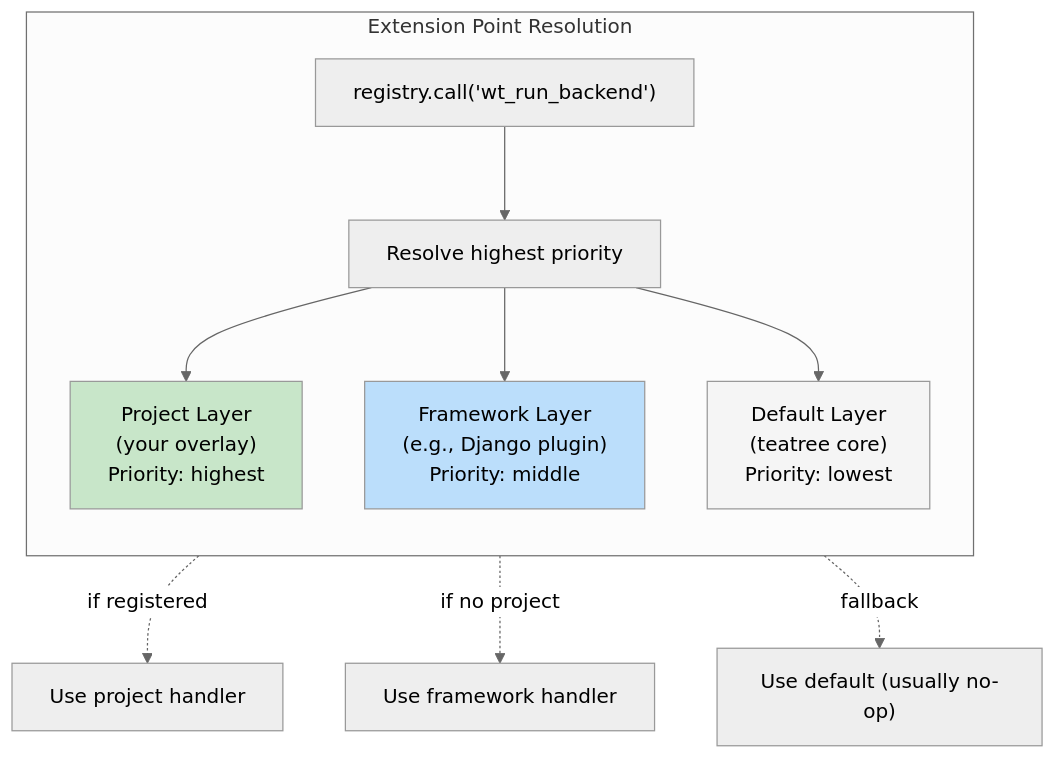
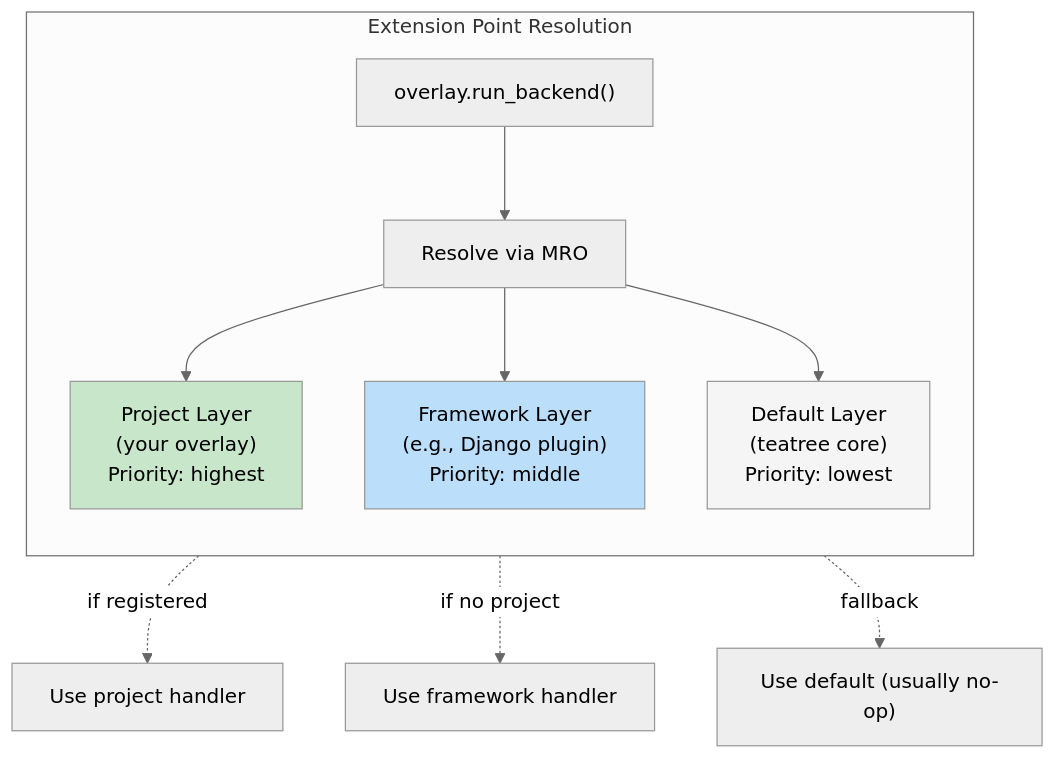
The diagram in skills/t3-workspace/references/extension-points.md (souliane/teatree), drawn with Mermaid (neutral theme) before and after one commit. The commit also changed other lines of this file and 2 other files, not shown here.

````diff
--- a/skills/t3-workspace/references/extension-points.md
+++ b/skills/t3-workspace/references/extension-points.md
@@ -9,18 +9,18 @@
 ```mermaid
 graph TB
   subgraph "Extension Point Resolution"
     direction TB
-    call["registry.call('wt_run_backend')"] --> resolve["Resolve highest priority"]
+    call["overlay.run_backend()"] --> resolve["Resolve via MRO"]
     resolve --> project["Project Layer<br/>(your overlay)<br/>Priority: highest"]
     resolve --> framework["Framework Layer<br/>(e.g., Django plugin)<br/>Priority: middle"]
     resolve --> default["Default Layer<br/>(teatree core)<br/>Priority: lowest"]
   end
 
   project -.->|"if registered"| result["Use project handler"]
   framework -.->|"if no project"| result2["Use framework handler"]
   default -.->|"fallback"| result3["Use default (usually no-op)"]
 
   style project fill:#c8e6c9
   style framework fill:#bbdefb
   style default fill:#f5f5f5
 ```
````
